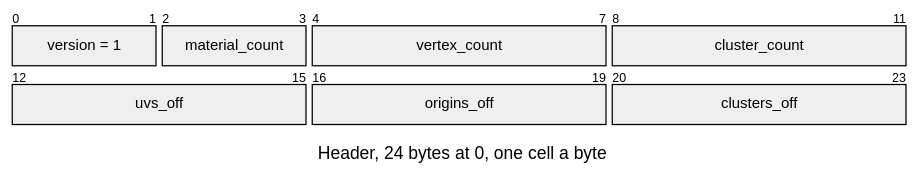
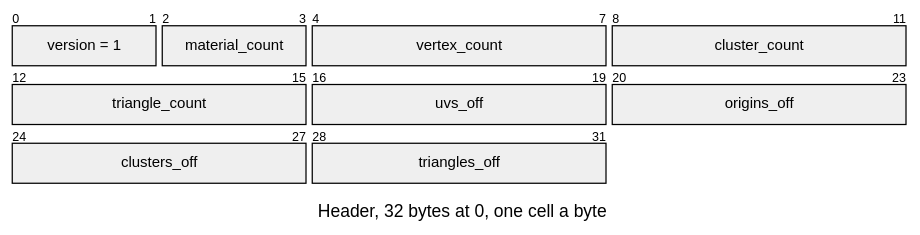
The diagram in docs/assets/formats/LUVS.md (jose-villegas/autana), drawn with Mermaid before and after one commit. The commit also changed other lines of this file and 9 other files, not shown here.

````diff
--- a/docs/assets/formats/LUVS.md
+++ b/docs/assets/formats/LUVS.md
@@ -12,18 +12,20 @@
 ```mermaid
 ---
 config:
-  themeCSS: "g:nth-of-type(2) rect:nth-of-type(1) { fill: #8fb3ee !important; } g:nth-of-type(2) rect:nth-of-type(2) { fill: #93d6b0 !important; } g:nth-of-type(2) rect:nth-of-type(3) { fill: #93d6b0 !important; } g:nth-of-type(2) rect:nth-of-type(4) { fill: #93d6b0 !important; } g:nth-of-type(3) rect:nth-of-type(1) { fill: #f4a885 !important; } g:nth-of-type(3) rect:nth-of-type(2) { fill: #f4a885 !important; } g:nth-of-type(3) rect:nth-of-type(3) { fill: #f4a885 !important; } .packetLabel { fill: #1b1b1b !important; }"
+  themeCSS: "g:nth-of-type(2) rect:nth-of-type(1) { fill: #8fb3ee !important; } g:nth-of-type(2) rect:nth-of-type(2) { fill: #93d6b0 !important; } g:nth-of-type(2) rect:nth-of-type(3) { fill: #93d6b0 !important; } g:nth-of-type(2) rect:nth-of-type(4) { fill: #93d6b0 !important; } g:nth-of-type(3) rect:nth-of-type(1) { fill: #93d6b0 !important; } g:nth-of-type(3) rect:nth-of-type(2) { fill: #f4a885 !important; } g:nth-of-type(3) rect:nth-of-type(3) { fill: #f4a885 !important; } g:nth-of-type(4) rect:nth-of-type(1) { fill: #f4a885 !important; } g:nth-of-type(4) rect:nth-of-type(2) { fill: #f4a885 !important; } .packetLabel { fill: #1b1b1b !important; }"
   packet:
     bitsPerRow: 12
     bitWidth: 60
 ---
 packet-beta
-title Header, 24 bytes at 0, one cell a byte
+title Header, 32 bytes at 0, one cell a byte
 0-1: "version = 1"
 2-3: "material_count"
 4-7: "vertex_count"
 8-11: "cluster_count"
-12-15: "uvs_off"
-16-19: "origins_off"
-20-23: "clusters_off"
+12-15: "triangle_count"
+16-19: "uvs_off"
+20-23: "origins_off"
+24-27: "clusters_off"
+28-31: "triangles_off"
 ```
````
